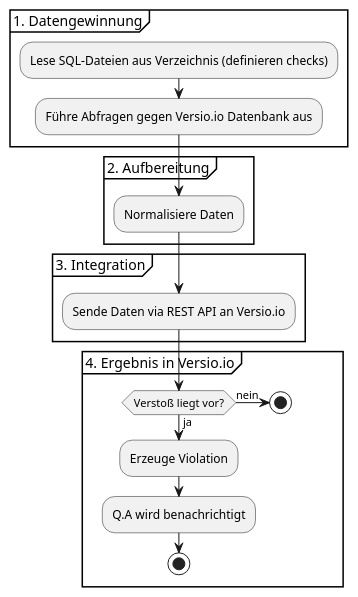
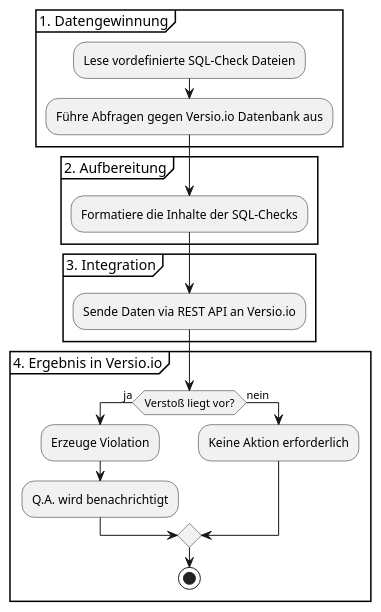
The first of 2 diagrams in Beantragung.md (massoudy-aryan/my_ihk_final_project), drawn with PlantUML before and after one commit. The commit also changed other lines of this file, not shown here.

````diff
--- a/Beantragung.md
+++ b/Beantragung.md
@@ -40,27 +40,27 @@
 ```plantuml
 @startuml project flow
 partition "1. Datengewinnung" {
-    :Lese SQL-Dateien aus Verzeichnis (definieren checks);
+    :Lese vordefinierte SQL-Check Dateien;
     :Führe Abfragen gegen Versio.io Datenbank aus;
 }
 
 partition "2. Aufbereitung" {
-    :Normalisiere Daten;
+    :Formatiere die Inhalte der SQL-Checks;
 }
 
 partition "3. Integration" {
     :Sende Daten via REST API an Versio.io;
 }
 
 partition "4. Ergebnis in Versio.io" {
     if (Verstoß liegt vor?) then (ja)
         :Erzeuge Violation;
-        :Q.A wird benachrichtigt;
-        stop
+        :Q.A. wird benachrichtigt;
     else (nein)
-        stop
+        :Keine Aktion erforderlich;
     endif
+    stop
 }
 @enduml
 
 ```
````
